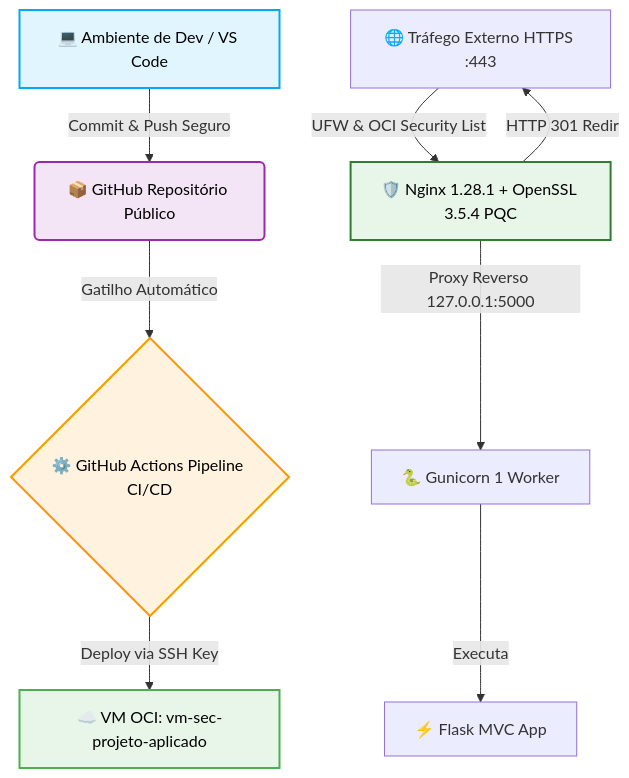
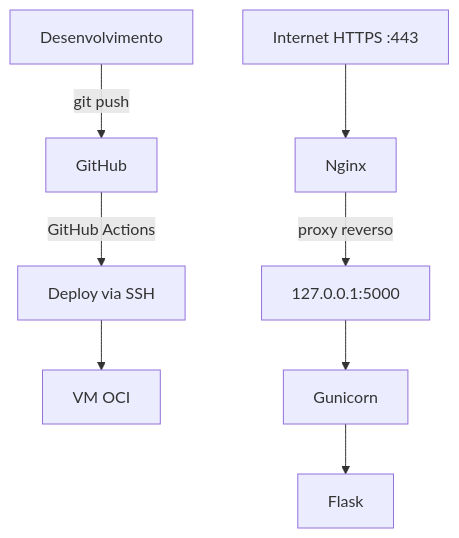
Before and after one commit to New-Masster/Projeto_aplicado-praticas_de_mercado: the diagram in README.md, drawn with Mermaid. The commit also changed other lines of this file and 8 other files, not shown here.

````diff
--- a/README.md
+++ b/README.md
@@ -42,15 +9,10 @@
 ```mermaid
 graph TD
-        A[💻 Ambiente de Dev / VS Code] -->|Commit & Push Seguro| B(📦 GitHub Repositório Público)
-        B -->|Gatilho Automático| C{⚙️ GitHub Actions Pipeline CI/CD}
-        C -->|Deploy via SSH Key| D[☁️ VM OCI: vm-sec-projeto-aplicado]
-        E[🌐 Tráfego Externo HTTPS :443] -->|UFW & OCI Security List| F[🛡️ Nginx 1.28.1 + OpenSSL 3.5.4 PQC]
-        F -->|HTTP 301 Redir| E
-        F -->|Proxy Reverso 127.0.0.1:5000| G[🐍 Gunicorn 1 Worker]
-        G -->|Executa| H[⚡ Flask MVC App]
-        style A fill:#e1f5fe,stroke:#03a9f4,stroke-width:2px,color:#000
-        style B fill:#f3e5f5,stroke:#9c27b0,stroke-width:2px,color:#000
-        style C fill:#fff3e0,stroke:#ff9800,stroke-width:2px,color:#000
-        style D fill:#e8f5e9,stroke:#4caf50,stroke-width:2px,color:#000
-        style F fill:#e8f5e9,stroke:#2e7d32,stroke-width:2px,color:#000
+    A[Desenvolvimento] -->|git push| B[GitHub]
+    B -->|GitHub Actions| C[Deploy via SSH]
+    C --> D[VM OCI]
+    E[Internet HTTPS :443] --> F[Nginx]
+    F -->|proxy reverso| G[127.0.0.1:5000]
+    G --> H[Gunicorn]
+    H --> I[Flask]
 ```
````
